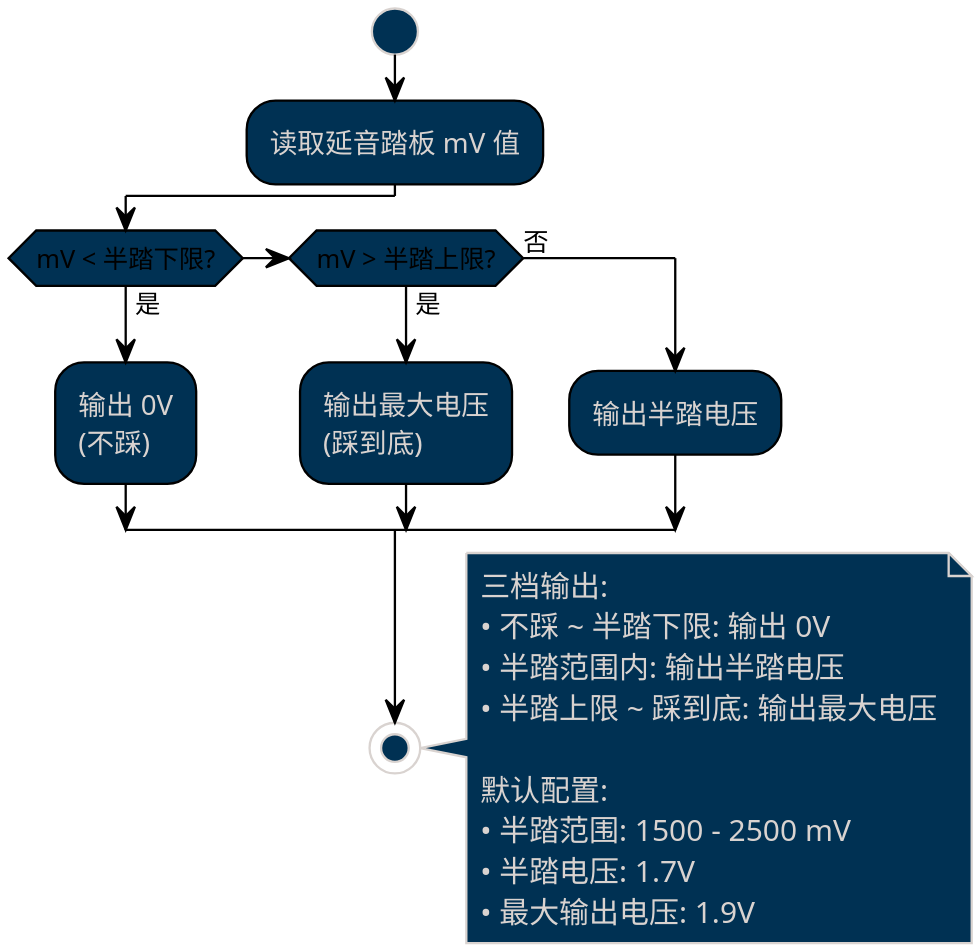
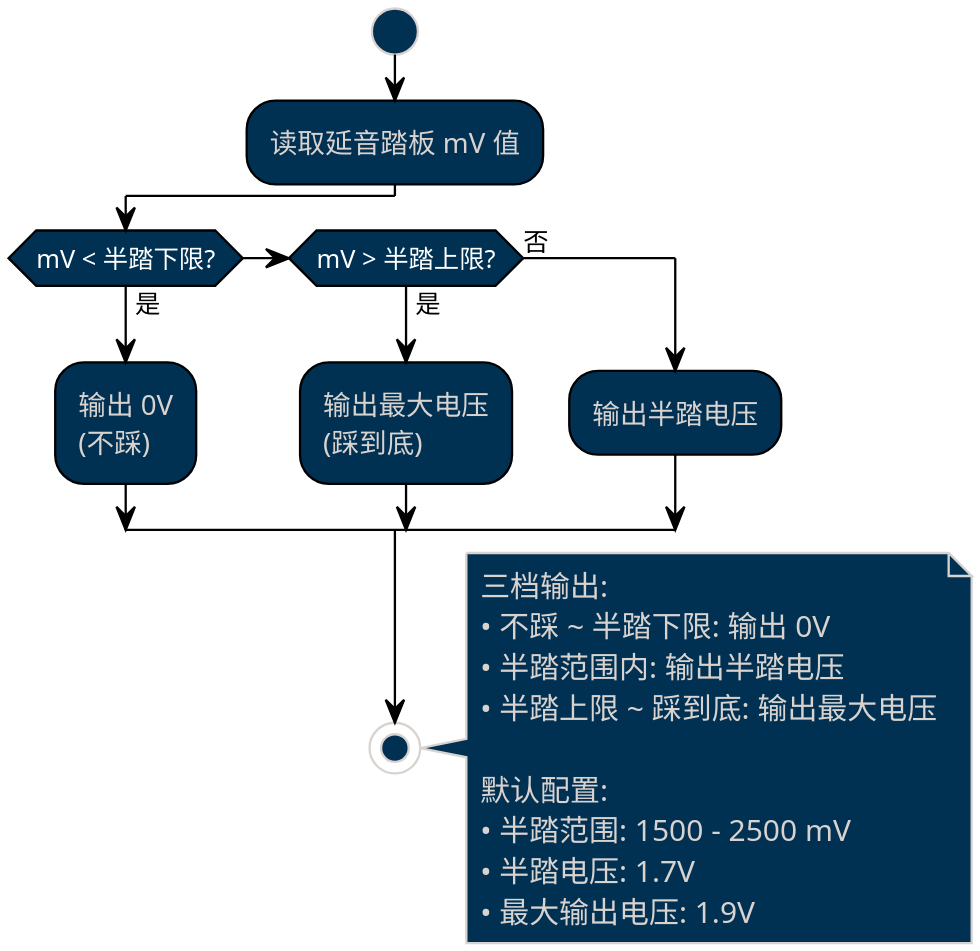
Before and after one commit to ningjx/ESP32_Piano_Pedal: the diagram in Documents/puml/half_pedal_logic.puml, drawn with PlantUML. The commit also changed 13 other files, not shown here.

First line of the commit message:
style: 修正 PlantUML 图分支文字颜色

```diff
--- a/Documents/puml/half_pedal_logic.puml
+++ b/Documents/puml/half_pedal_logic.puml
@@ -1,38 +1,38 @@
 @startuml
 !theme blueprint
 skinparam dpi 280
 skinparam backgroundColor transparent
 skinparam defaultFontName Microsoft YaHei UI
 skinparam activityBorderColor black
 skinparam arrowColor black
 skinparam arrowFontColor black
 skinparam activityDiamondBorderColor black
-skinparam activityDiamondFontColor black
+skinparam activityDiamondFontColor white
 skinparam activityBarColor black
 skinparam handwritten false
 'title 半踏兼容模式逻辑
 
 start
 :读取延音踏板 mV 值;
 if (mV < 半踏下限?) then (是)
   :输出 0V\n(不踩);
 elseif (mV > 半踏上限?) then (是)
   :输出最大电压\n(踩到底);
 else (否)
   :输出半踏电压;
 endif
 stop
 
 note right
   三档输出:
   • 不踩 ~ 半踏下限: 输出 0V
   • 半踏范围内: 输出半踏电压
   • 半踏上限 ~ 踩到底: 输出最大电压
   
   默认配置:
   • 半踏范围: 1500 - 2500 mV
   • 半踏电压: 1.7V
   • 最大输出电压: 1.9V
 end note
 
 @enduml
```
